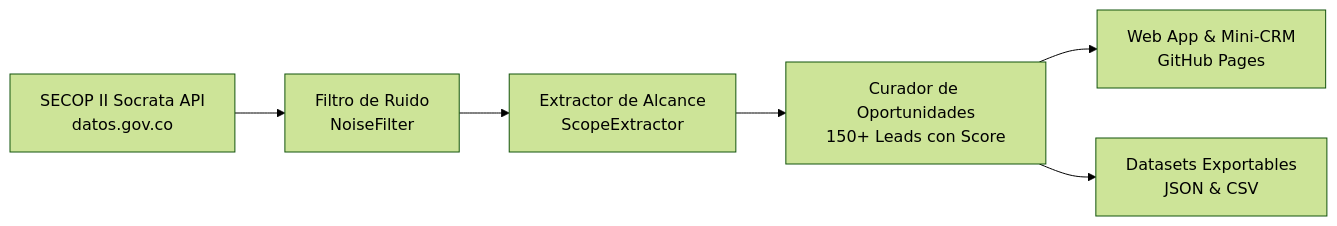
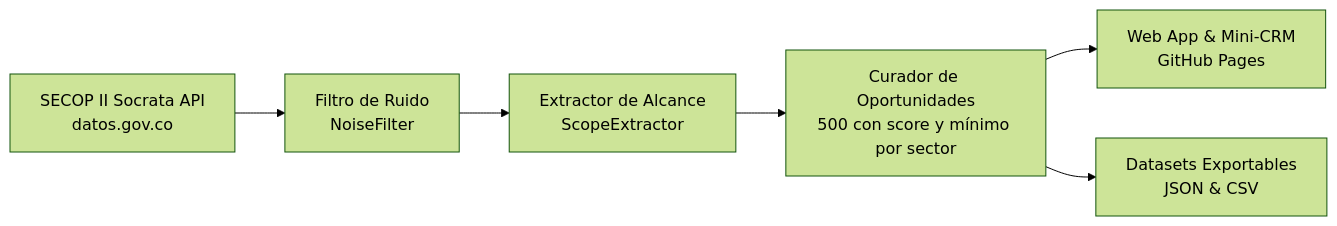
The diagram in README.md (andres-solanor/secop-opportunities-engine), drawn with Mermaid (forest theme) before and after one commit. The commit also changed other lines of this file and 4 other files, not shown here.

First line of the commit message:
docs: sectors, curation and agreements in AGENTS/README/roadmap; session state

````diff
--- a/README.md
+++ b/README.md
@@ -38,8 +50,8 @@
 ```mermaid
 flowchart LR
     A[SECOP II Socrata API<br/>datos.gov.co] --> B[Filtro de Ruido<br/>NoiseFilter]
     B --> C[Extractor de Alcance<br/>ScopeExtractor]
-    C --> D[Curador de Oportunidades<br/>150+ Leads con Score]
+    C --> D[Curador de Oportunidades<br/>500 con score y mínimo por sector]
     D --> E[Web App & Mini-CRM<br/>GitHub Pages]
     D --> F[Datasets Exportables<br/>JSON & CSV]
 ```
````
